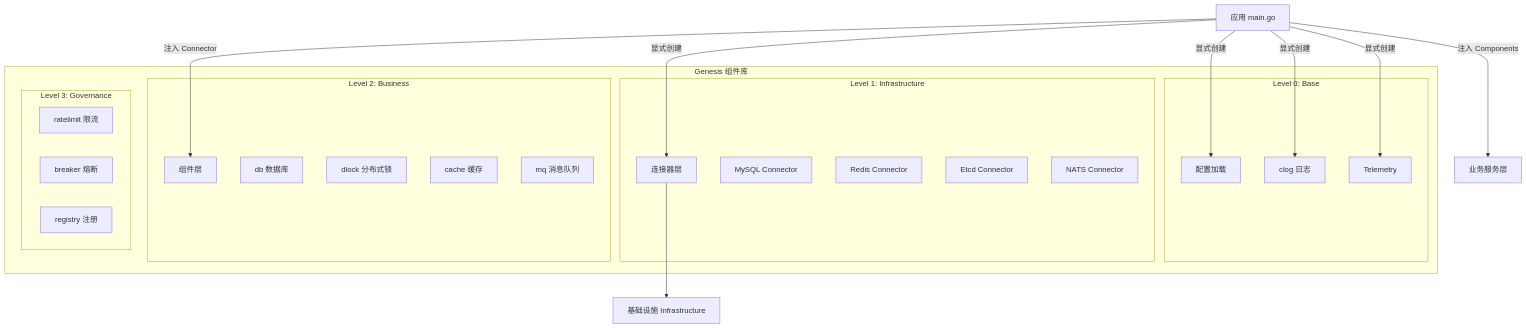
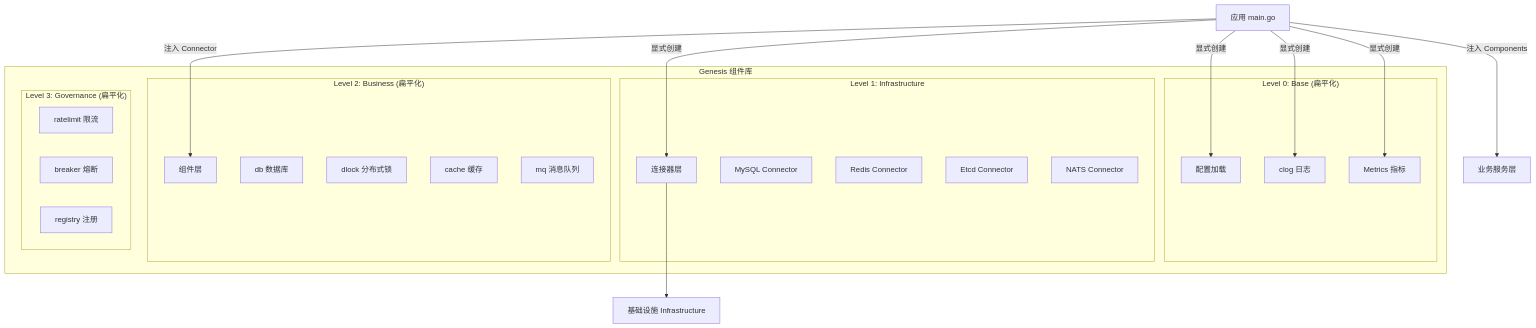
Before and after one commit to ceyewan/genesis: the diagram in docs/genesis-design.md, drawn with Mermaid. The commit also changed other lines of this file and 21 other files, not shown here.

````diff
--- a/docs/genesis-design.md
+++ b/docs/genesis-design.md
@@ -52,42 +52,42 @@
 ```mermaid
 graph TD
     App[应用 main.go] -->|显式创建| Config[配置加载]
     App -->|显式创建| Logger[clog 日志]
-    App -->|显式创建| Tel[Telemetry]
+    App -->|显式创建| Meter[Metrics 指标]
     
     App -->|显式创建| Connectors[连接器层]
     App -->|注入 Connector| Components[组件层]
     App -->|注入 Components| Services[业务服务层]
     
     subgraph "Genesis 组件库"
-        subgraph "Level 0: Base"
+        subgraph "Level 0: Base (扁平化)"
             Logger
             Config
-            Tel
+            Meter
         end
         
         subgraph "Level 1: Infrastructure"
             Connectors
             MySQL[MySQL Connector]
             Redis[Redis Connector]
             Etcd[Etcd Connector]
             NATS[NATS Connector]
         end
         
-        subgraph "Level 2: Business"
+        subgraph "Level 2: Business (扁平化)"
             Components
             DB[db 数据库]
             DLock[dlock 分布式锁]
             Cache[cache 缓存]
             MQ[mq 消息队列]
         end
         
-        subgraph "Level 3: Governance"
+        subgraph "Level 3: Governance (扁平化)"
             RateLimit[ratelimit 限流]
             Breaker[breaker 熔断]
             Registry[registry 注册]
         end
     end
     
     Connectors --> Infra[基础设施 Infrastructure]
 ```
````
